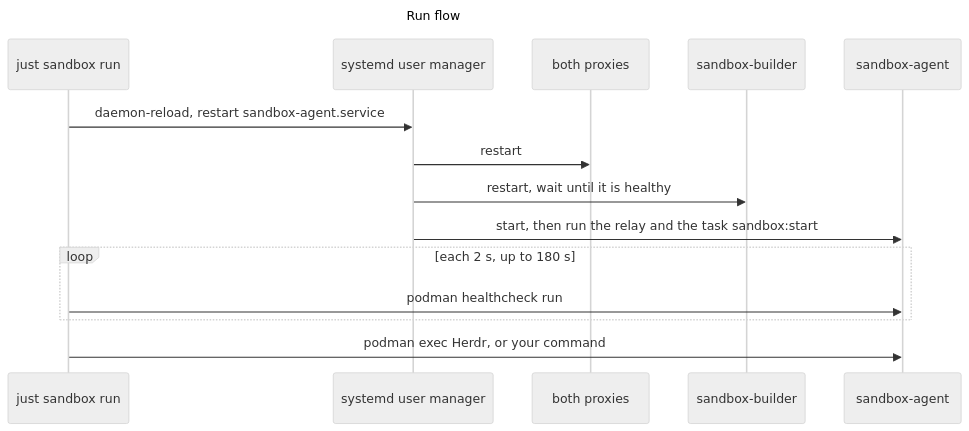
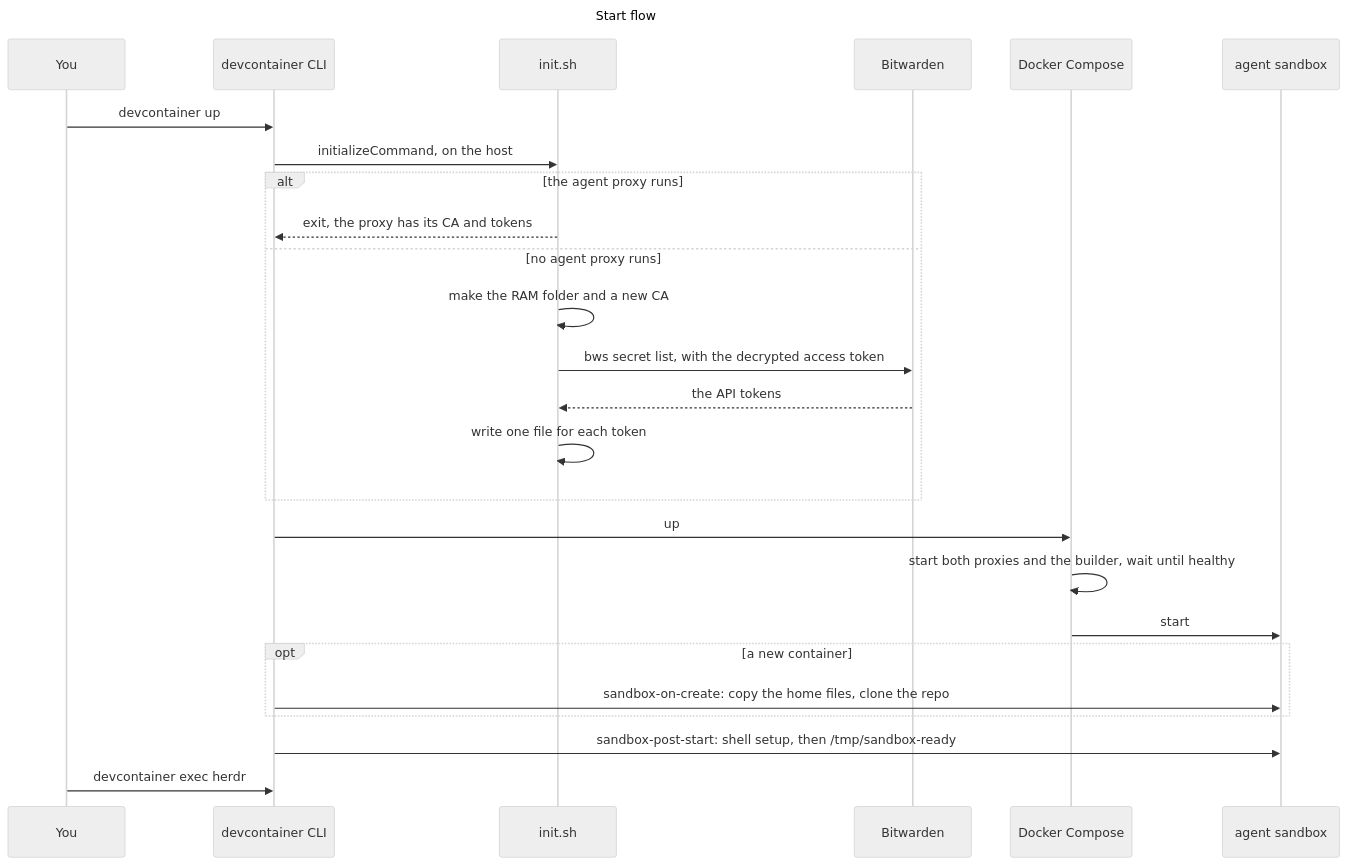
One commit to raghav19/engineersdaybook changed the first of 6 diagrams in .devcontainer/README.md. Above: the diagram before and after it, drawn with Mermaid (neutral theme). The commit also changed other lines of this file and 13 other files, not shown here.

First line of the commit message:
docs: sandbox README and diagrams for the Docker Compose design

````diff
--- a/.devcontainer/README.md
+++ b/.devcontainer/README.md
@@ -132,19 +137,30 @@
 ```mermaid
 ---
-title: Run flow
+title: Start flow
 ---
 sequenceDiagram
-    participant Run as just sandbox run
-    participant Systemd as systemd user manager
-    participant Proxies as both proxies
-    participant Builder as sandbox-builder
-    participant Agent as sandbox-agent
-    Run->>Systemd: daemon-reload, restart sandbox-agent.service
-    Systemd->>Proxies: restart
-    Systemd->>Builder: restart, wait until it is healthy
-    Systemd->>Agent: start, then run the relay and the task sandbox:start
-    loop each 2 s, up to 180 s
-        Run->>Agent: podman healthcheck run
+    participant You
+    participant CLI as devcontainer CLI
+    participant Init as init.sh
+    participant BW as Bitwarden
+    participant Compose as Docker Compose
+    participant Agent as agent sandbox
+    You->>CLI: devcontainer up
+    CLI->>Init: initializeCommand, on the host
+    alt the agent proxy runs
+        Init-->>CLI: exit, the proxy has its CA and tokens
+    else no agent proxy runs
+        Init->>Init: make the RAM folder and a new CA
+        Init->>BW: bws secret list, with the decrypted access token
+        BW-->>Init: the API tokens
+        Init->>Init: write one file for each token
     end
-    Run->>Agent: podman exec Herdr, or your command
+    CLI->>Compose: up
+    Compose->>Compose: start both proxies and the builder, wait until healthy
+    Compose->>Agent: start
+    opt a new container
+        CLI->>Agent: sandbox-on-create: copy the home files, clone the repo
+    end
+    CLI->>Agent: sandbox-post-start: shell setup, then /tmp/sandbox-ready
+    You->>CLI: devcontainer exec herdr
 ```
````
